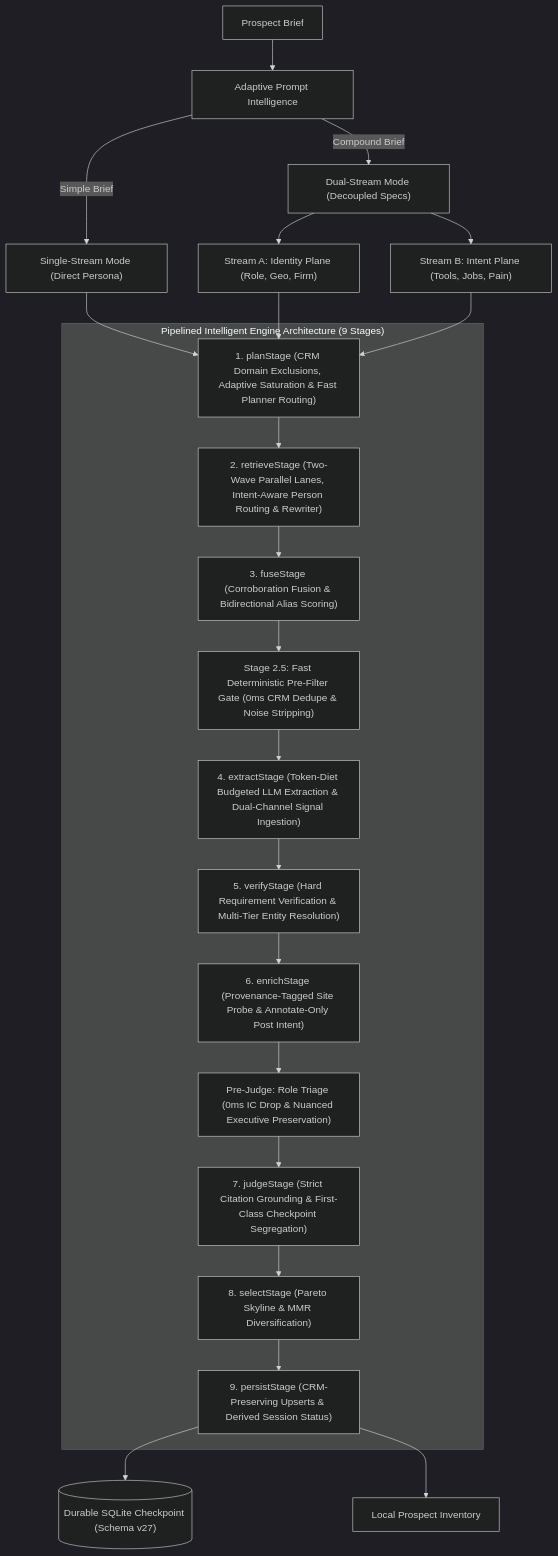
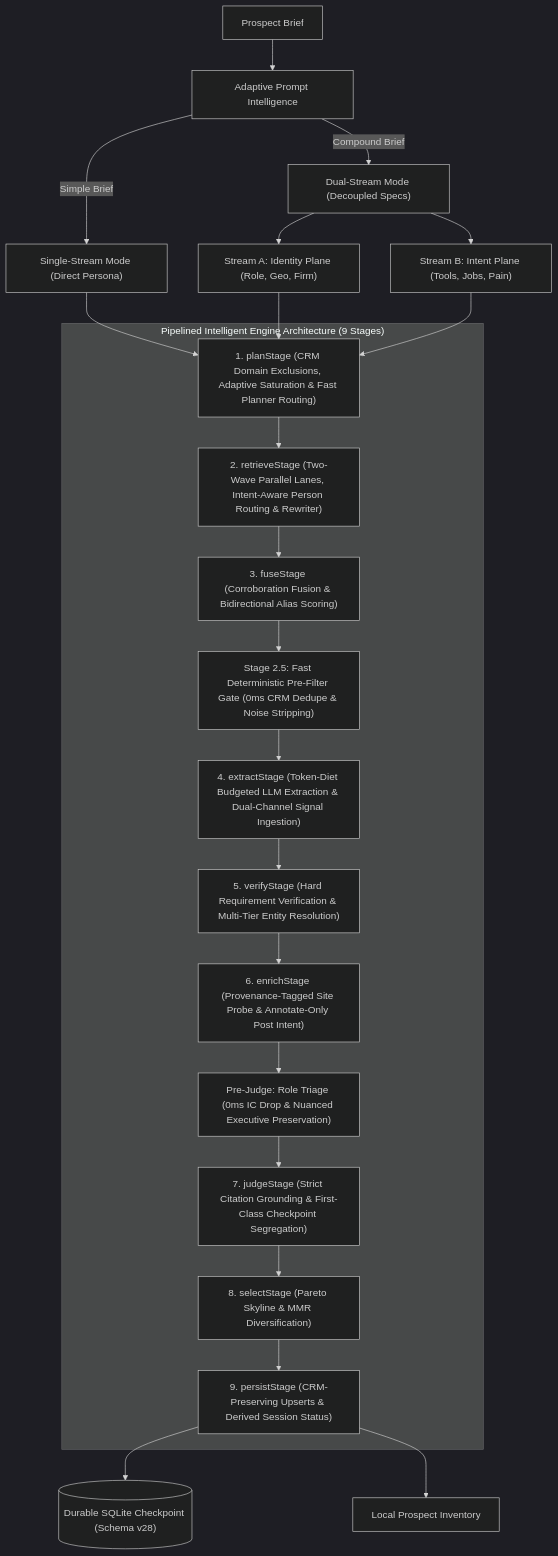
The first of 2 diagrams in README.md (AliasHolmes/Apex-CRM), drawn with Mermaid (dark theme) before and after one commit. The commit also changed other lines of this file and 27 other files, not shown here.

Commit message:
fix(audit): remediate 50 full-stack defects, implement schema v28, and synchronize docs (ADR-0021)

````diff
--- a/README.md
+++ b/README.md
@@ -45,31 +45,31 @@
 ```mermaid
 flowchart TD
     Brief["Prospect Brief"] --> Classifier["Adaptive Prompt Intelligence"]
     Classifier -->|Simple Brief| StreamIdentity["Single-Stream Mode (Direct Persona)"]
     Classifier -->|Compound Brief| StreamDual["Dual-Stream Mode (Decoupled Specs)"]
     StreamDual --> StreamA["Stream A: Identity Plane (Role, Geo, Firm)"]
     StreamDual --> StreamB["Stream B: Intent Plane (Tools, Jobs, Pain)"]
 
     subgraph Stages ["Pipelined Intelligent Engine Architecture (9 Stages)"]
         Plan["1. planStage (CRM Domain Exclusions, Adaptive Saturation & Fast Planner Routing)"]
         Retrieve["2. retrieveStage (Two-Wave Parallel Lanes, Intent-Aware Person Routing & Rewriter)"]
         Fuse["3. fuseStage (Corroboration Fusion & Bidirectional Alias Scoring)"]
         PreFilter["Stage 2.5: Fast Deterministic Pre-Filter Gate (0ms CRM Dedupe & Noise Stripping)"]
         Extract["4. extractStage (Token-Diet Budgeted LLM Extraction & Dual-Channel Signal Ingestion)"]
         Verify["5. verifyStage (Hard Requirement Verification & Multi-Tier Entity Resolution)"]
         Enrich["6. enrichStage (Provenance-Tagged Site Probe & Annotate-Only Post Intent)"]
         PreJudge["Pre-Judge: Role Triage (0ms IC Drop & Nuanced Executive Preservation)"]
         Judge["7. judgeStage (Strict Citation Grounding & First-Class Checkpoint Segregation)"]
         Select["8. selectStage (Pareto Skyline & MMR Diversification)"]
         Persist["9. persistStage (CRM-Preserving Upserts & Derived Session Status)"]
 
         Plan --> Retrieve --> Fuse --> PreFilter --> Extract --> Verify --> Enrich --> PreJudge --> Judge --> Select --> Persist
     end
 
     StreamIdentity --> Plan
     StreamA --> Plan
     StreamB --> Plan
 
-    Persist --> Checkpoint[("Durable SQLite Checkpoint (Schema v27)")]
+    Persist --> Checkpoint[("Durable SQLite Checkpoint (Schema v28)")]
     Persist --> Inventory["Local Prospect Inventory"]
 ```
````
